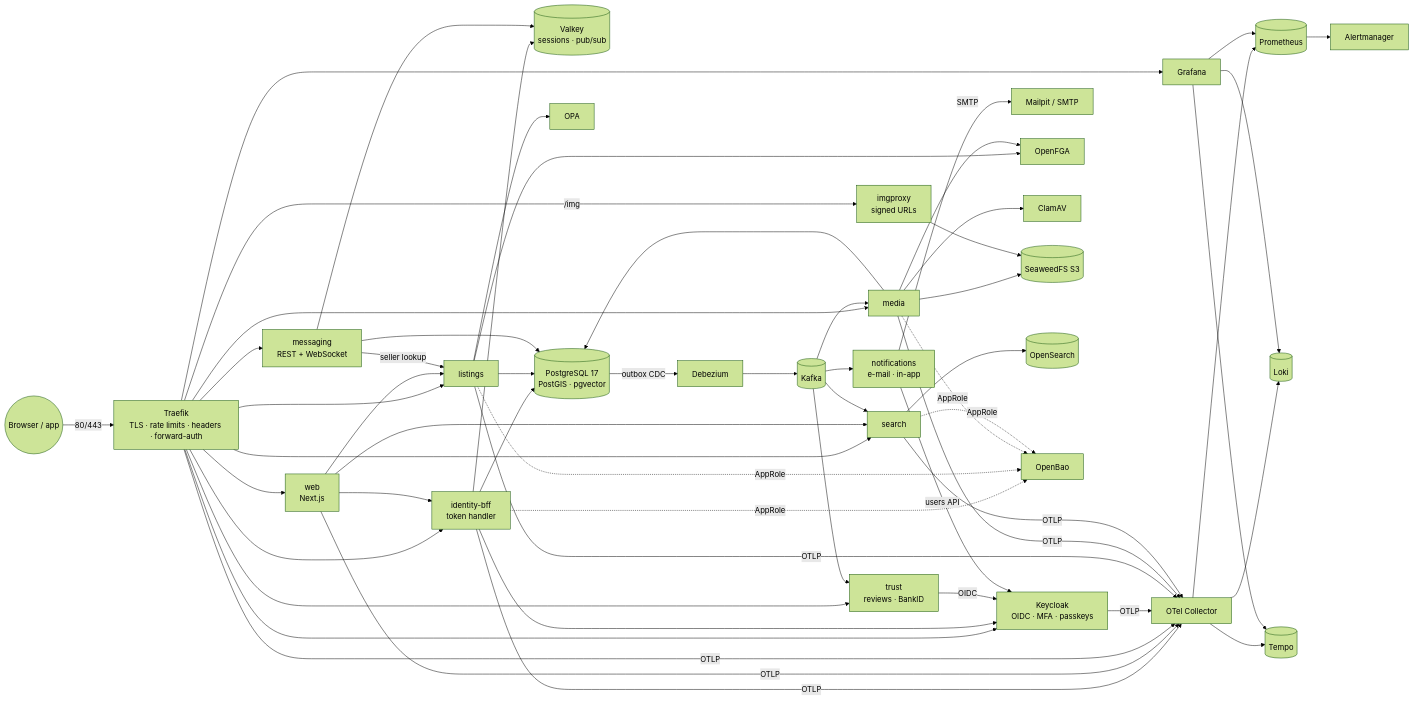
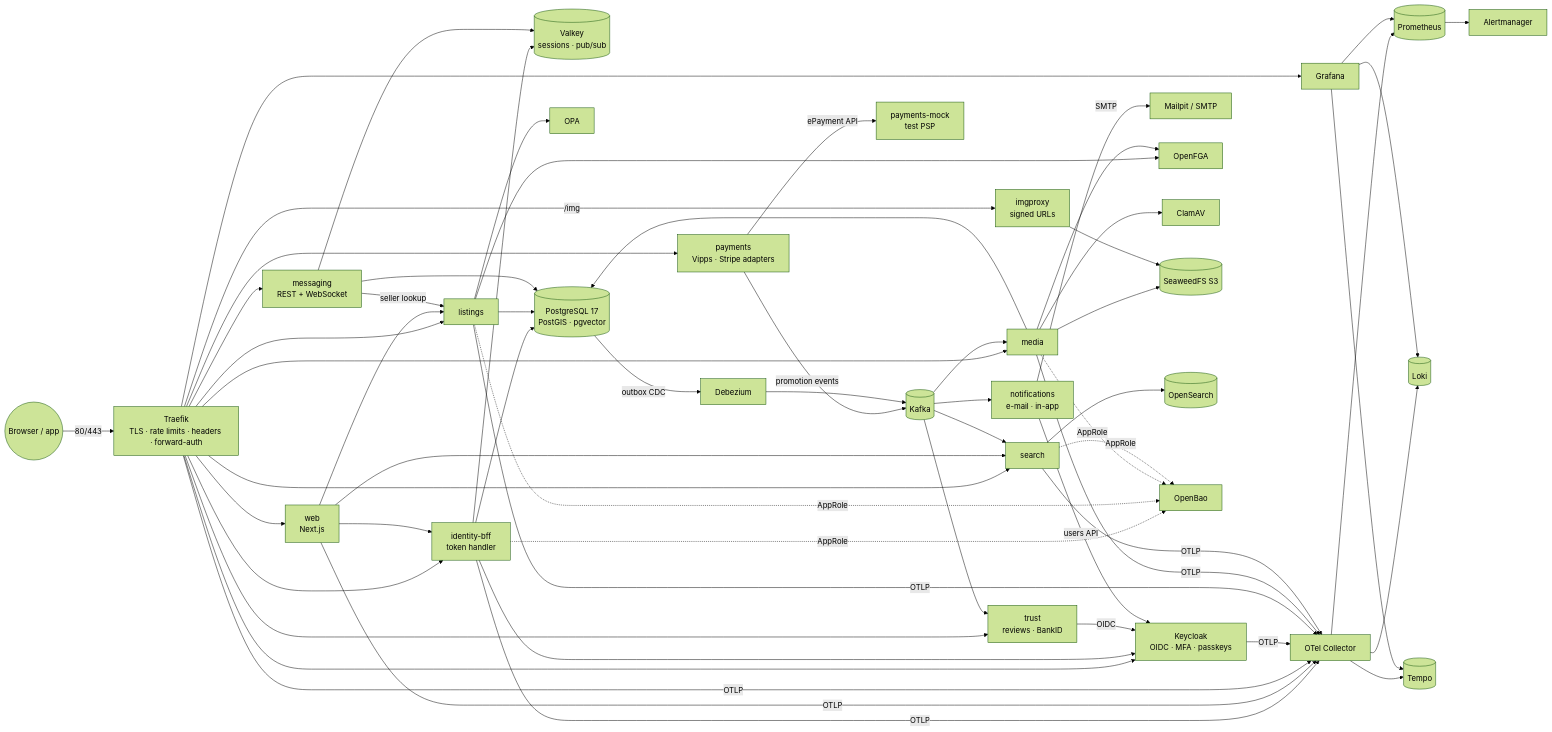
The diagram in README.md (Jibsta91/raadi.com), drawn with Mermaid (forest theme) before and after one commit. The commit also changed other lines of this file and 114 other files, not shown here.

First line of the commit message:
Phase 3: payments (promoted listings, Vipps/Stripe adapters, mock provider) (#11)

````diff
--- a/README.md
+++ b/README.md
@@ -48,33 +48,36 @@
 ```mermaid
 flowchart LR
   U((Browser / app)) -->|80/443| T[Traefik<br/>TLS · rate limits · headers · forward-auth]
   T --> W[web<br/>Next.js]
   T --> B[identity-bff<br/>token handler]
   T --> LS[listings] & SE[search] & ME[media] & MS[messaging<br/>REST + WebSocket] & TR
   T -->|/img| IP[imgproxy<br/>signed URLs]
   T --> K[Keycloak<br/>OIDC · MFA · passkeys]
   T --> G[Grafana]
   W --> B & SE & LS
   B --> K
   B --> V[(Valkey<br/>sessions · pub/sub)]
   MS --> V
   KA --> NO[notifications<br/>e-mail · in-app]
   KA --> TR[trust<br/>reviews · BankID]
+  T --> PA[payments<br/>Vipps · Stripe adapters]
+  PA -->|ePayment API| PM[payments-mock<br/>test PSP]
+  PA -->|promotion events| KA
   TR -->|OIDC| K
   NO -->|SMTP| ML[Mailpit / SMTP]
   NO -->|users API| K
   MS -->|seller lookup| LS
   B & LS & ME & MS --> P[(PostgreSQL 17<br/>PostGIS · pgvector)]
   LS & ME --> FGA[OpenFGA]
   LS --> OPA[OPA]
   ME --> AV[ClamAV] & S3[(SeaweedFS S3)]
   IP --> S3
   P -->|outbox CDC| DBZ[Debezium] --> KA[(Kafka)]
   KA --> SE & ME
   SE --> OS[(OpenSearch)]
   B & LS & ME & SE -.->|AppRole| O[OpenBao]
   B & W & T & K & LS & ME & SE -->|OTLP| C[OTel Collector]
   C --> PR[(Prometheus)] & L[(Loki)] & TE[(Tempo)]
   PR --> AM[Alertmanager]
   G --> PR & L & TE
 ```
````
